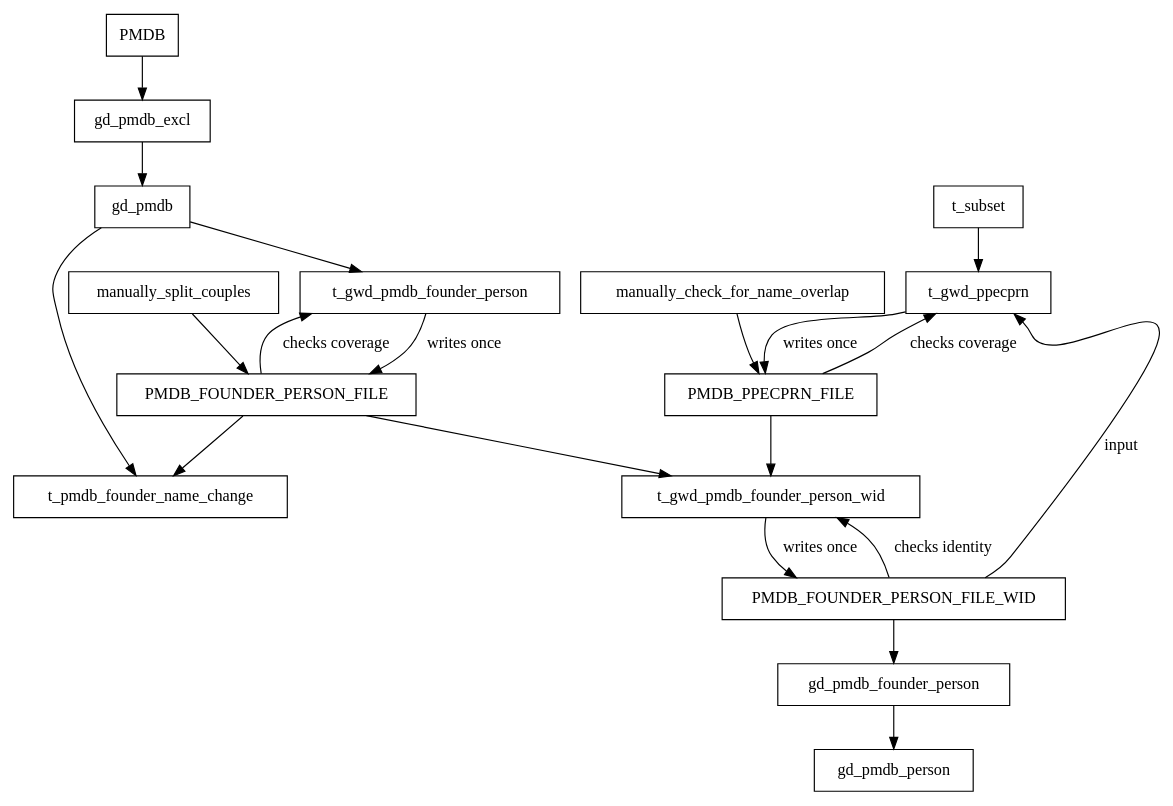
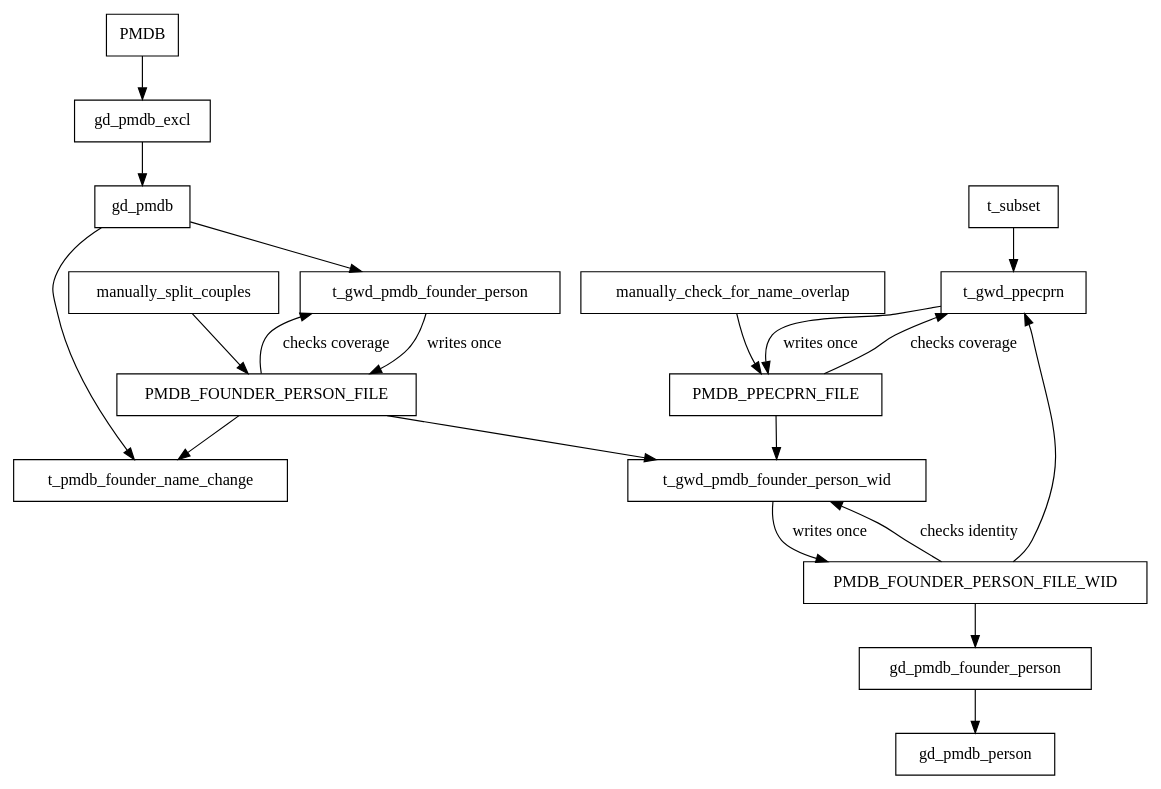
The first of 3 diagrams in doc/doc_pmdata.org (swhalemwo/pmdata), drawn with Graphviz before and after one commit. The commit also changed 1 other file, not shown here.

Commit message:
make flow figure look nicer

```diff
--- a/doc/doc_pmdata.org
+++ b/doc/doc_pmdata.org
@@ -8,45 +8,45 @@
 #+begin_src dot :file pmdb_flow.png
 digraph D {
   node[shape = "record"]
   PMDB -> gd_pmdb_excl
   gd_pmdb_excl -> gd_pmdb
 
 
 
   gd_pmdb -> t_gwd_pmdb_founder_person
   PMDB_FOUNDER_PERSON_FILE -> t_gwd_pmdb_founder_person[label="checks coverage"]
   t_gwd_pmdb_founder_person -> PMDB_FOUNDER_PERSON_FILE[label="writes once"]
 
   manually_split_couples -> PMDB_FOUNDER_PERSON_FILE
   manually_check_for_name_overlap -> PMDB_PPECPRN_FILE
 
   PMDB_FOUNDER_PERSON_FILE -> t_pmdb_founder_name_change
   gd_pmdb -> t_pmdb_founder_name_change
 
   // PMDB_PPECPRN_FILE -> gd_pmdb_founder_person
   // PMDB_FOUNDER_PERSON_FILE -> gd_pmdb_founder_person
   
   // PMDB_FOUNDER_PERSON_FILE -> t_gwd_ppecprn
 
   // PMDB_PPECPRN_FILE -> t_gwd_pmdb_ppecprn[label="checks coverage", force=0]
   // for some reason need dir back here to get proper order..
   t_subset -> t_gwd_ppecprn
   t_gwd_ppecprn -> PMDB_PPECPRN_FILE[label="writes once"]
   t_gwd_ppecprn -> PMDB_PPECPRN_FILE[dir = "back", label="checks coverage"]
   
 
   gd_pmdb_founder_person -> gd_pmdb_person
 
   PMDB_PPECPRN_FILE -> t_gwd_pmdb_founder_person_wid
 
   PMDB_FOUNDER_PERSON_FILE -> t_gwd_pmdb_founder_person_wid
   t_gwd_pmdb_founder_person_wid -> PMDB_FOUNDER_PERSON_FILE_WID[label="writes once"]
   PMDB_FOUNDER_PERSON_FILE_WID -> t_gwd_pmdb_founder_person_wid[label="checks identity"]
 
   PMDB_FOUNDER_PERSON_FILE_WID -> gd_pmdb_founder_person
 
-  t_gwd_ppecprn -> PMDB_FOUNDER_PERSON_FILE_WID[dir=back,label="input"]
+  t_gwd_ppecprn -> PMDB_FOUNDER_PERSON_FILE_WID[dir=back,weight = 2]
 
 
 }
 #+end_src
```
